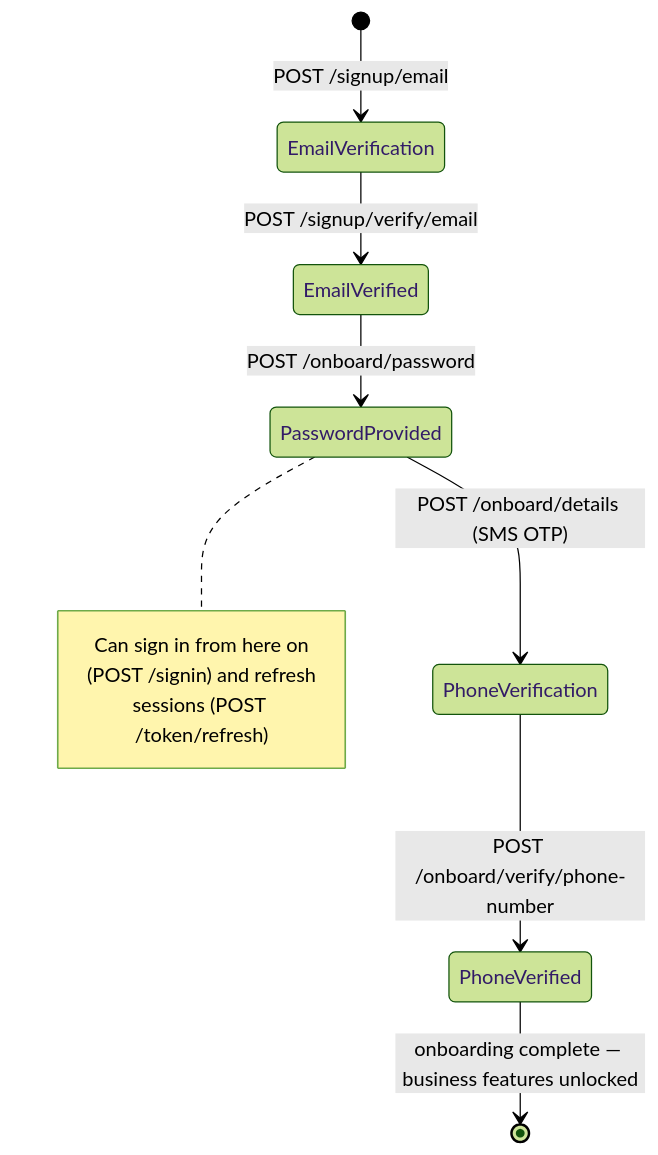
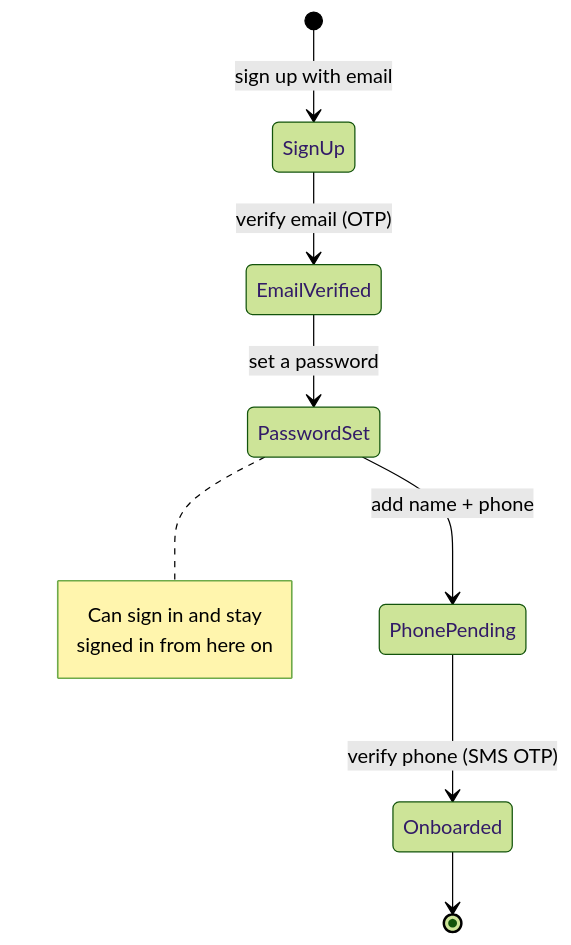
Before and after one commit to mesazon-org/app: the second of 3 diagrams in README.md, drawn with Mermaid (forest theme). The commit also changed other lines of this file and 13 other files, not shown here.

````diff
--- a/README.md
+++ b/README.md
@@ -99,15 +30,14 @@
 ```mermaid
 stateDiagram-v2
-    [*] --> EmailVerification: POST /signup/email
-    EmailVerification --> EmailVerified: POST /signup/verify/email
-    EmailVerified --> PasswordProvided: POST /onboard/password
-    PasswordProvided --> PhoneVerification: POST /onboard/details (SMS OTP)
-    PhoneVerification --> PhoneVerified: POST /onboard/verify/phone-number
-    PhoneVerified --> [*]: onboarding complete — business features unlocked
+    [*] --> SignUp: sign up with email
+    SignUp --> EmailVerified: verify email (OTP)
+    EmailVerified --> PasswordSet: set a password
+    PasswordSet --> PhonePending: add name + phone
+    PhonePending --> Onboarded: verify phone (SMS OTP)
+    Onboarded --> [*]
 
-    note right of PasswordProvided
-        Can sign in from here on
-        (POST /signin) and refresh
-        sessions (POST /token/refresh)
+    note right of PasswordSet
+        Can sign in and stay
+        signed in from here on
     end note
 ```
````
